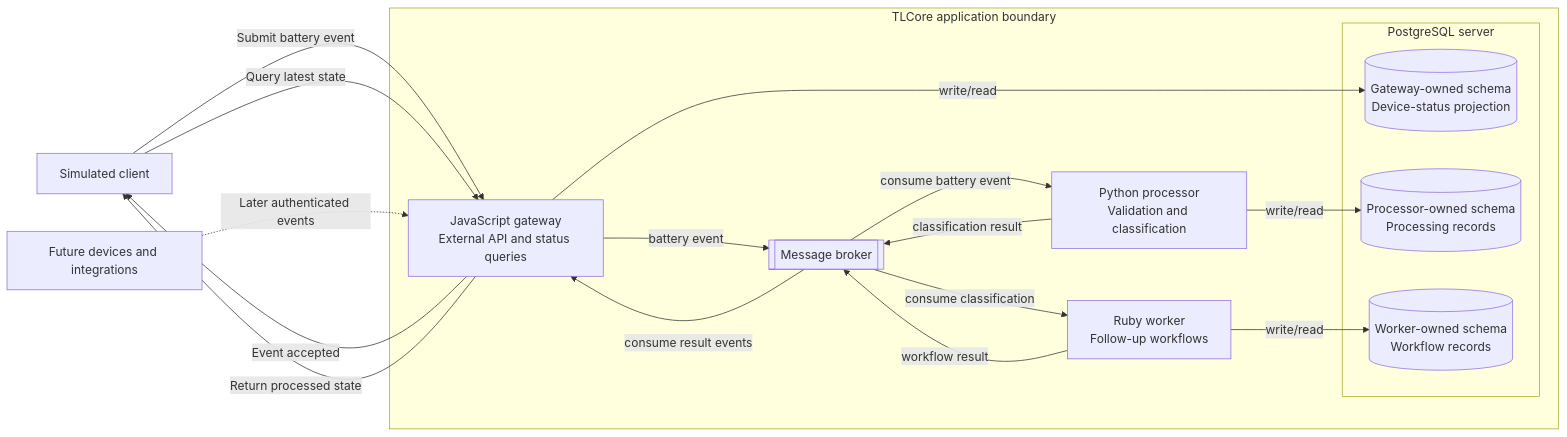
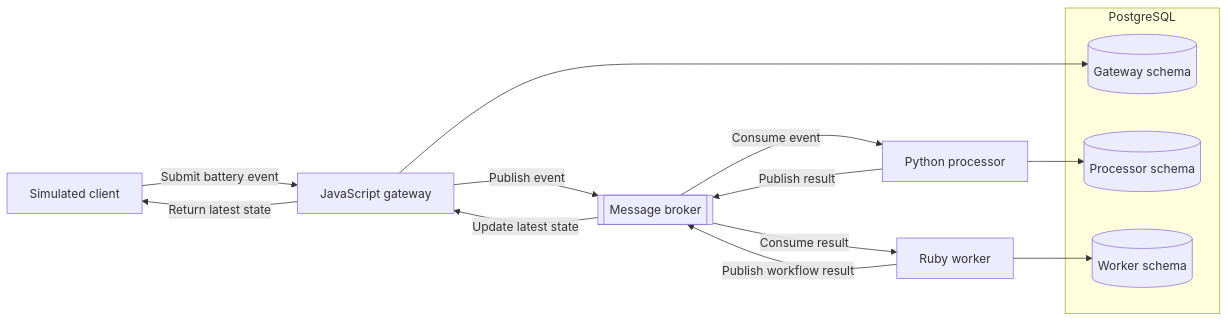
The diagram in docs/architecture/SYSTEM_OVERVIEW.md (TraiLynneCore/tlcore), drawn with Mermaid before and after one commit. The commit also changed other lines of this file and 18 other files, not shown here.

````diff
--- a/docs/architecture/SYSTEM_OVERVIEW.md
+++ b/docs/architecture/SYSTEM_OVERVIEW.md
@@ -15,37 +11,27 @@
 ```mermaid
 flowchart LR
     Client[Simulated client]
-    Future[Future devices and integrations]
+    Gateway[JavaScript gateway]
+    Broker[[Message broker]]
+    Processor[Python processor]
+    Worker[Ruby worker]
 
-    subgraph TLCore["TLCore application boundary"]
-        Gateway["JavaScript gateway<br/>External API and status queries"]
-        Broker[["Message broker"]]
-        Processor["Python processor<br/>Validation and classification"]
-        Worker["Ruby worker<br/>Follow-up workflows"]
-
-        subgraph Database["PostgreSQL server"]
-            GatewayData[("Gateway-owned schema<br/>Device-status projection")]
-            ProcessorData[("Processor-owned schema<br/>Processing records")]
-            WorkerData[("Worker-owned schema<br/>Workflow records")]
-        end
+    subgraph Database[PostgreSQL]
+        GatewayData[(Gateway schema)]
+        ProcessorData[(Processor schema)]
+        WorkerData[(Worker schema)]
     end
 
-    Client -->|"Submit battery event"| Gateway
-    Gateway -->|"Event accepted"| Client
+    Client -->|Submit battery event| Gateway
+    Gateway -->|Publish event| Broker
+    Broker -->|Consume event| Processor
+    Processor -->|Publish result| Broker
+    Broker -->|Consume result| Worker
+    Worker -->|Publish workflow result| Broker
+    Broker -->|Update latest state| Gateway
+    Gateway -->|Return latest state| Client
 
-    Gateway -->|"battery event"| Broker
-    Broker -->|"consume battery event"| Processor
-    Processor -->|"classification result"| Broker
-    Broker -->|"consume classification"| Worker
-    Worker -->|"workflow result"| Broker
-    Broker -->|"consume result events"| Gateway
-
-    Gateway -->|"write/read"| GatewayData
-    Processor -->|"write/read"| ProcessorData
-    Worker -->|"write/read"| WorkerData
-
-    Client -->|"Query latest state"| Gateway
-    Gateway -->|"Return processed state"| Client
-
-    Future -.->|"Later authenticated events"| Gateway
+    Gateway --> GatewayData
+    Processor --> ProcessorData
+    Worker --> WorkerData
 ```
````
